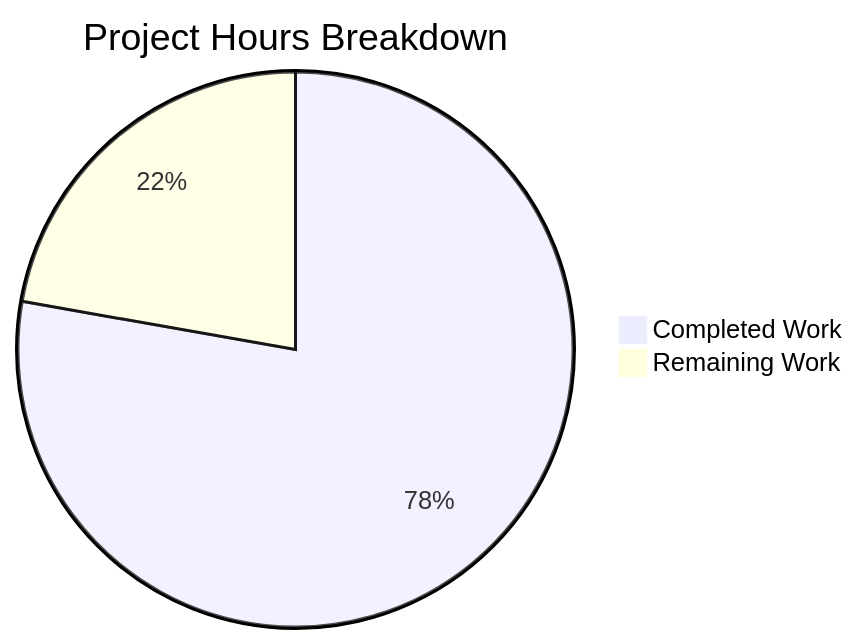
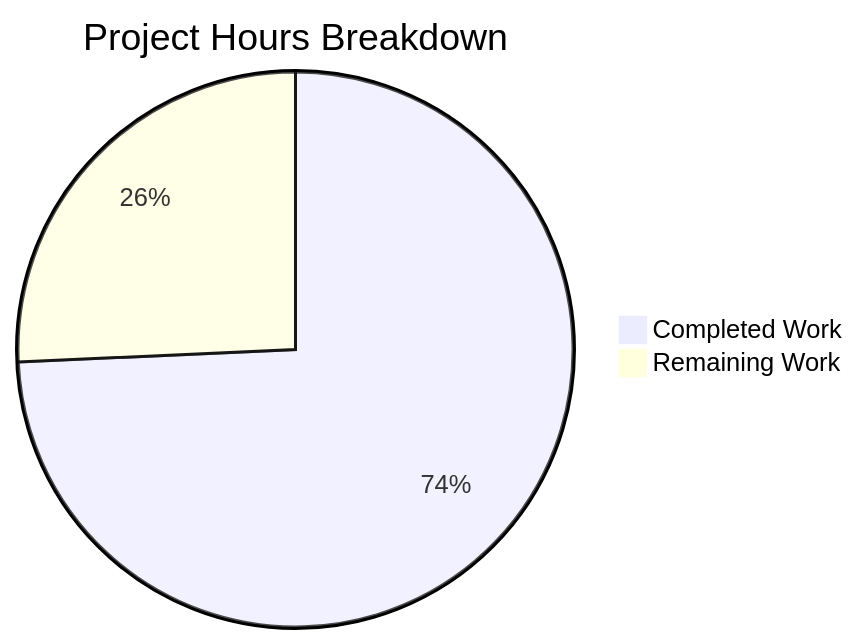
The second of 2 diagrams in blitzy/documentation/Project Guide.md (Blitzy-Sandbox/blitzy-cal), drawn with Mermaid before and after one commit. The commit also changed other lines of this file, not shown here.

Commit message:
Adding Blitzy Project Guide: Project Status and Human Tasks Remaining

````diff
--- a/blitzy/documentation/Project Guide.md
+++ b/blitzy/documentation/Project Guide.md
@@ -163,5 +175,5 @@
 ```mermaid
 pie title Project Hours Breakdown
-    "Completed Work" : 24.5
-    "Remaining Work" : 7
+    "Completed Work" : 26
+    "Remaining Work" : 9
 ```
````
